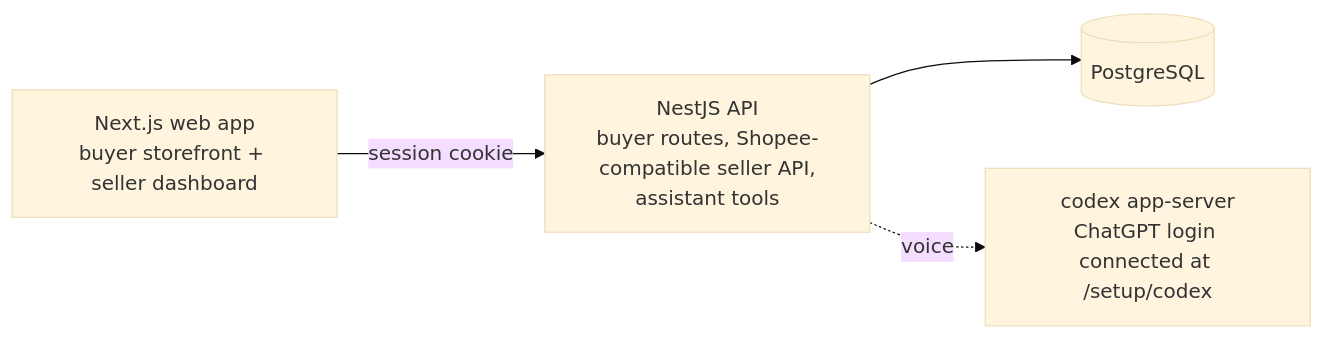
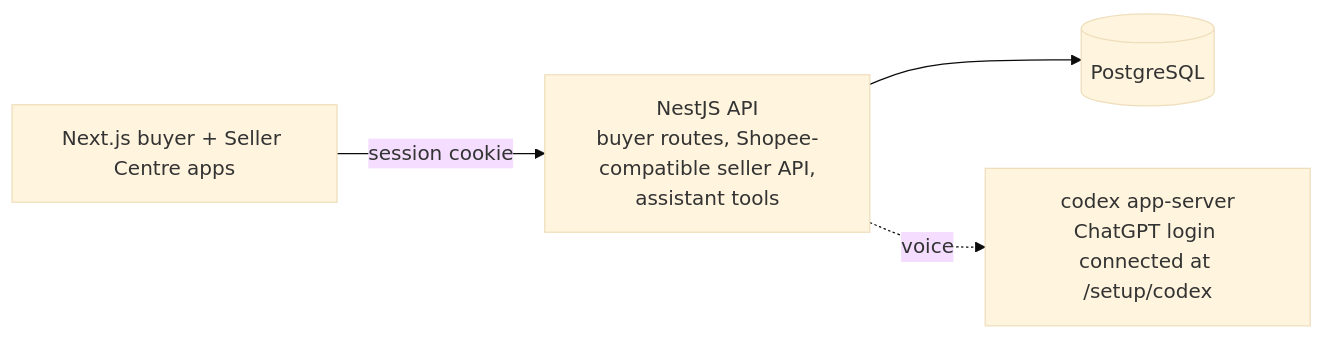
The diagram in README.md (RyanNg1403/huspee), drawn with Mermaid (base theme) before and after one commit. The commit also changed other lines of this file and 267 other files, not shown here.

Commit message:
feat(web): split Seller Centre and share browser UI

````diff
--- a/README.md
+++ b/README.md
@@ -9,6 +9,6 @@
 ```mermaid
 flowchart LR
-    WEB[Next.js web app<br/>buyer storefront + seller dashboard] -->|session cookie| API
+    WEB[Next.js buyer + Seller Centre apps] -->|session cookie| API
     API[NestJS API<br/>buyer routes, Shopee-compatible seller API,<br/>assistant tools] --> DB[(PostgreSQL)]
     API -.->|voice| CODEX[codex app-server<br/>ChatGPT login connected at /setup/codex]
 ```
````
